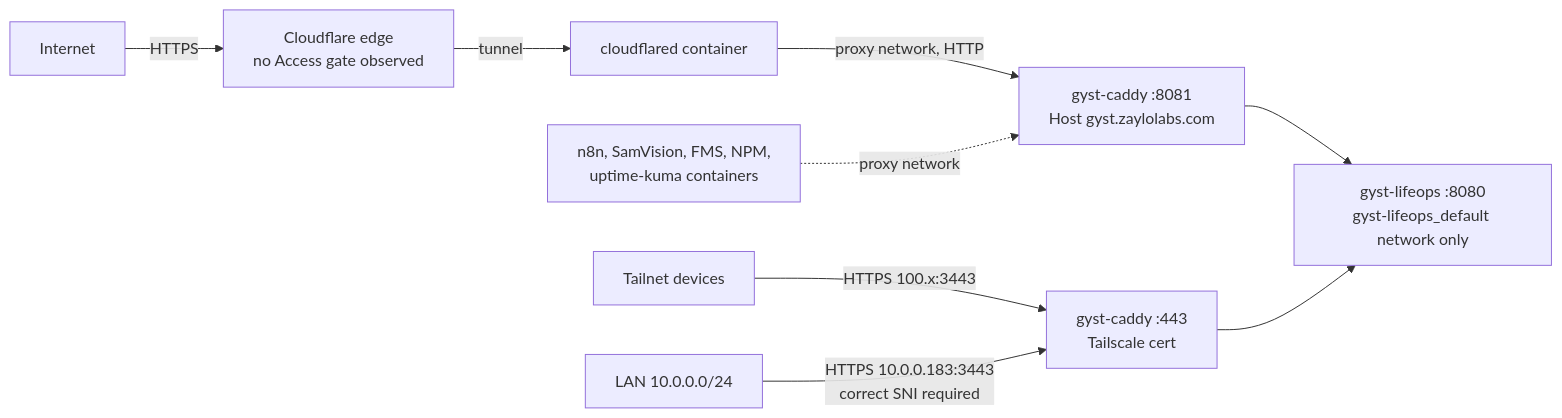
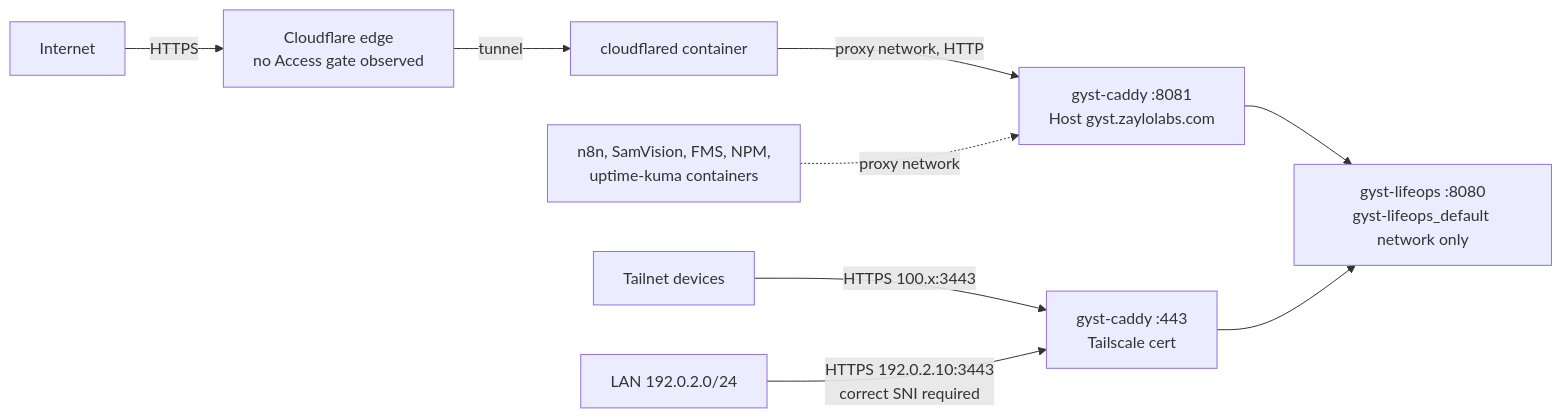
One commit to JayDalool/gyst-lifeops changed the second of 2 diagrams in docs/audit/vnext/02_SECURITY_DATA_OPERATIONS.md. Above: the diagram before and after it, drawn with Mermaid. The commit also changed other lines of this file and 2 other files, not shown here.

First line of the commit message:
GYST-123: Redact a private LAN address in the vNext audit docs

````diff
--- a/docs/audit/vnext/02_SECURITY_DATA_OPERATIONS.md
+++ b/docs/audit/vnext/02_SECURITY_DATA_OPERATIONS.md
@@ -304,11 +304,11 @@
 ```mermaid
 flowchart LR
     Internet -->|HTTPS| CF[Cloudflare edge<br/>no Access gate observed]
     CF -->|tunnel| CFD[cloudflared container]
     CFD -->|proxy network, HTTP| C8081[gyst-caddy :8081<br/>Host gyst.zaylolabs.com]
     Tailnet[Tailnet devices] -->|HTTPS 100.x:3443| C443
-    LAN[LAN 10.0.0.0/24] -->|HTTPS 10.0.0.183:3443<br/>correct SNI required| C443[gyst-caddy :443<br/>Tailscale cert]
+    LAN[LAN 192.0.2.0/24] -->|HTTPS 192.0.2.10:3443<br/>correct SNI required| C443[gyst-caddy :443<br/>Tailscale cert]
     Other[n8n, SamVision, FMS, NPM,<br/>uptime-kuma containers] -. proxy network .-> C8081
     C8081 --> APP[gyst-lifeops :8080<br/>gyst-lifeops_default network only]
     C443 --> APP
 ```
````
